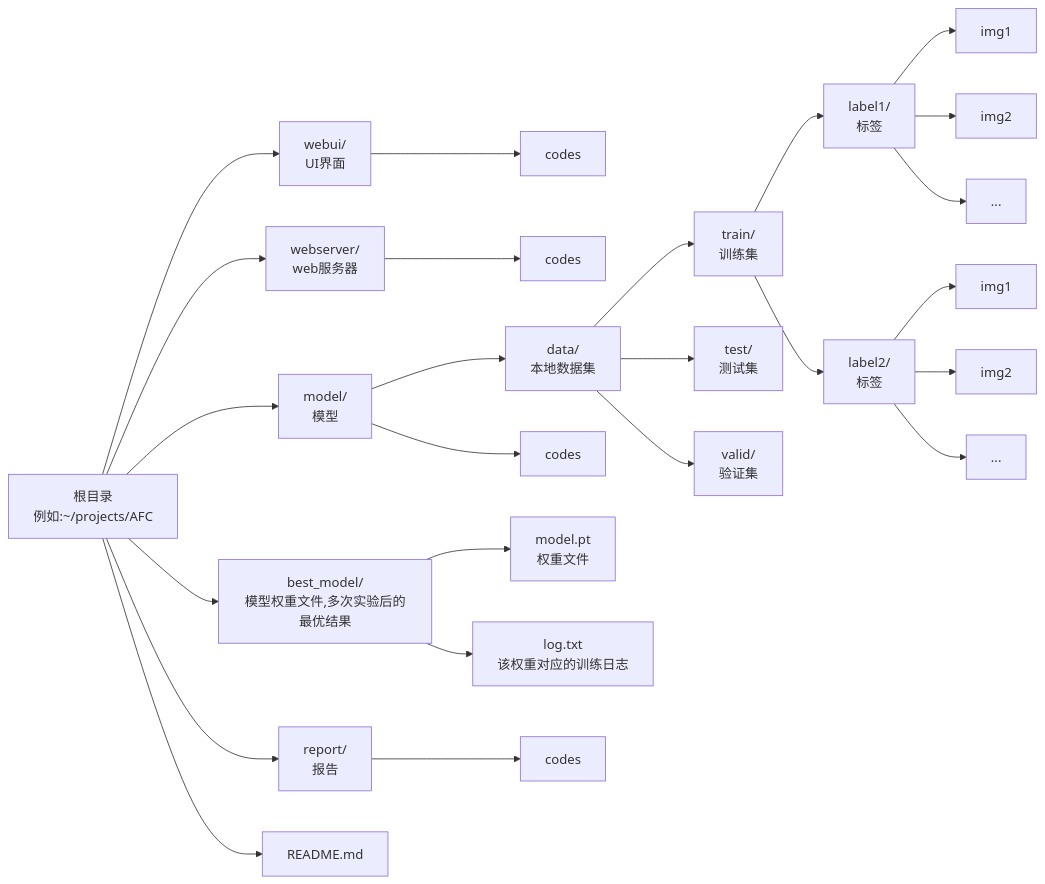
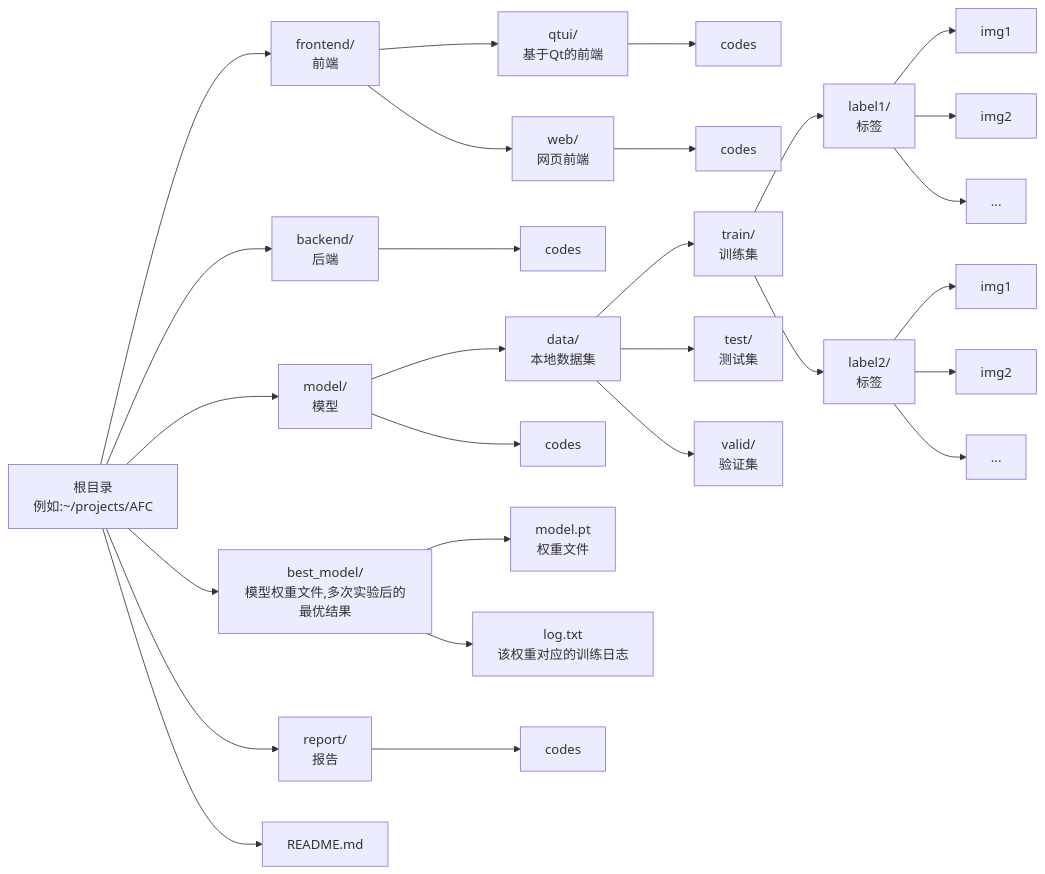
Before and after one commit to NH-5/AFC: the diagram in README.md, drawn with Mermaid. The commit also changed other lines of this file and 2 other files, not shown here.

Commit message:
qt frontend

````diff
--- a/README.md
+++ b/README.md
@@ -109,37 +112,40 @@
 ```mermaid
 graph LR
     Root[根目录<br/>例如:~/projects/AFC]
     
-    Root --> WebUI[webui/<br/>UI界面]
-    Root --> WebServer[webserver/<br/>web服务器]
+    Root --> Front[frontend/<br/>前端]
+    Root --> Back[backend/<br/>后端]
     Root --> Model[model/<br/>模型]
     Root --> Best_Model[best_model/<br/>模型权重文件,多次实验后的最优结果]
     Root --> Report[report/<br/>报告]
     Root --> README[README.md]
+
+    Front --> Qt[qtui/<br/>基于Qt的前端]
+    Qt --> QtCode[codes]
+    Front --> Web[web/<br/>网页前端]
+    Web --> WebCode[codes]
     
-    WebUI --> WebUICode[codes]
-    
-    WebServer --> WebServerCode[codes]
+    Back --> BackCode[codes]
     
     Model --> Data[data/<br/>本地数据集]
     Model --> ModelCode[codes]
     
     Data --> Train[train/<br/>训练集]
     Data --> Test[test/<br/>测试集]
     Data --> Valid[valid/<br/>验证集]
     Train --> Label1[label1/<br/>标签]
     Train --> Label2[label2/<br/>标签]
     
     Label1 --> Img1_1[img1]
     Label1 --> Img1_2[img2]
     Label1 --> Img1_Dots[...]
     
     Label2 --> Img2_1[img1]
     Label2 --> Img2_2[img2]
     Label2 --> Img2_Dots[...]
 
     Best_Model --> Tensor[model.pt<br/>权重文件]
     Best_Model --> Logs[log.txt<br/>该权重对应的训练日志]
     
     Report --> ReportCode[codes]
 ```
````
